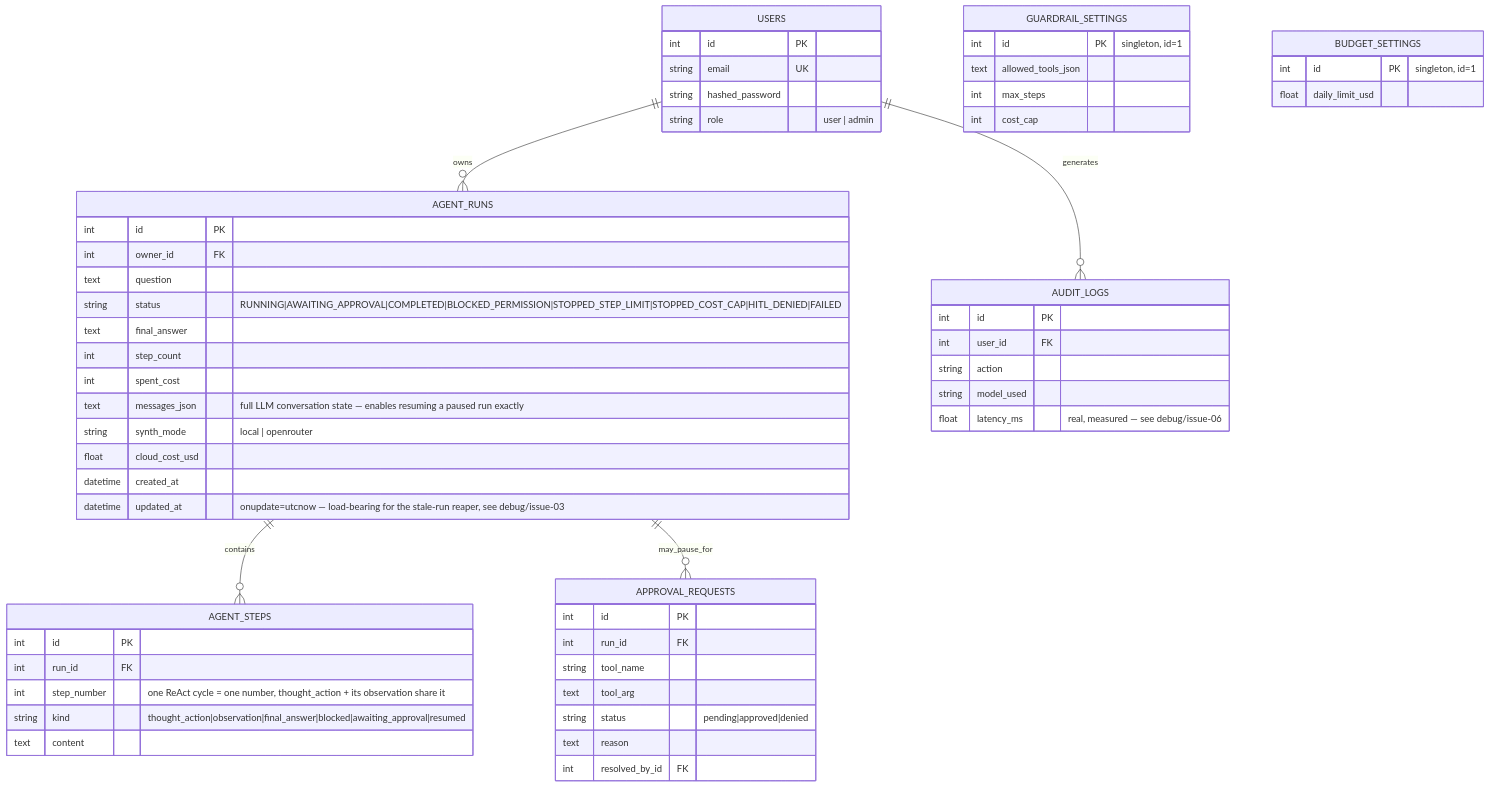
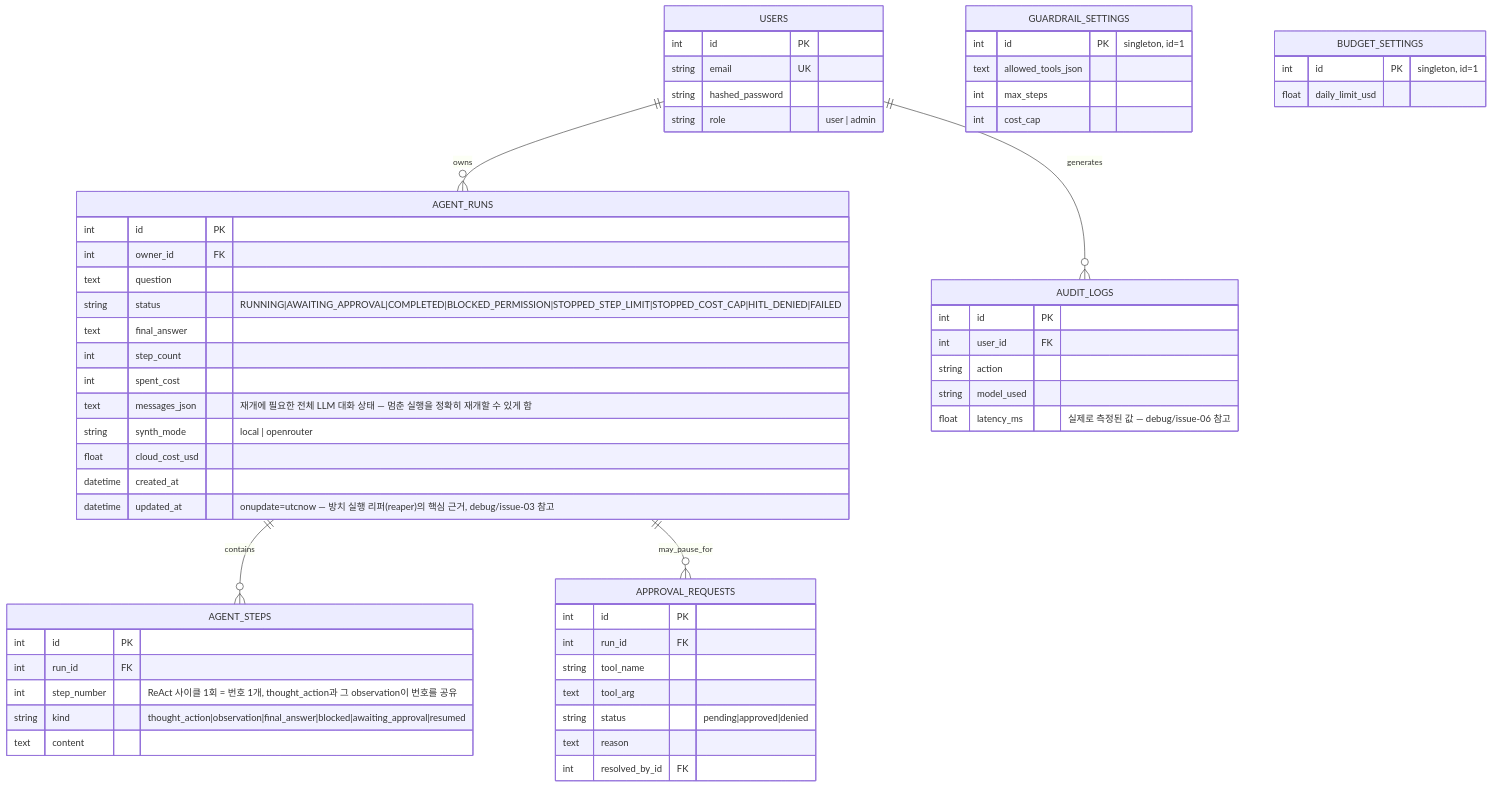
The third of 3 diagrams in week5_2/PoC/projects/cradle/architecture.ko.md (ShaunKim91/applied-ai-builds), drawn with Mermaid before and after one commit. The commit also changed other lines of this file and 80 other files, not shown here.

````diff
--- a/week5_2/PoC/projects/cradle/architecture.ko.md
+++ b/week5_2/PoC/projects/cradle/architecture.ko.md
@@ -166,61 +152,61 @@
 ```mermaid
 erDiagram
     USERS ||--o{ AGENT_RUNS : owns
     USERS ||--o{ AUDIT_LOGS : generates
     AGENT_RUNS ||--o{ AGENT_STEPS : contains
     AGENT_RUNS ||--o{ APPROVAL_REQUESTS : may_pause_for
 
     USERS {
         int id PK
         string email UK
         string hashed_password
         string role "user | admin"
     }
     AGENT_RUNS {
         int id PK
         int owner_id FK
         text question
         string status "RUNNING|AWAITING_APPROVAL|COMPLETED|BLOCKED_PERMISSION|STOPPED_STEP_LIMIT|STOPPED_COST_CAP|HITL_DENIED|FAILED"
         text final_answer
         int step_count
         int spent_cost
-        text messages_json "full LLM conversation state — enables resuming a paused run exactly"
+        text messages_json "재개에 필요한 전체 LLM 대화 상태 — 멈춘 실행을 정확히 재개할 수 있게 함"
         string synth_mode "local | openrouter"
         float cloud_cost_usd
         datetime created_at
-        datetime updated_at "onupdate=utcnow — load-bearing for the stale-run reaper, see debug/issue-03"
+        datetime updated_at "onupdate=utcnow — 방치 실행 리퍼(reaper)의 핵심 근거, debug/issue-03 참고"
     }
     AGENT_STEPS {
         int id PK
         int run_id FK
-        int step_number "one ReAct cycle = one number, thought_action + its observation share it"
+        int step_number "ReAct 사이클 1회 = 번호 1개, thought_action과 그 observation이 번호를 공유"
         string kind "thought_action|observation|final_answer|blocked|awaiting_approval|resumed"
         text content
     }
     APPROVAL_REQUESTS {
         int id PK
         int run_id FK
         string tool_name
         text tool_arg
         string status "pending|approved|denied"
         text reason
         int resolved_by_id FK
     }
     GUARDRAIL_SETTINGS {
         int id PK "singleton, id=1"
         text allowed_tools_json
         int max_steps
         int cost_cap
     }
     BUDGET_SETTINGS {
         int id PK "singleton, id=1"
         float daily_limit_usd
     }
     AUDIT_LOGS {
         int id PK
         int user_id FK
         string action
         string model_used
-        float latency_ms "real, measured — see debug/issue-06"
+        float latency_ms "실제로 측정된 값 — debug/issue-06 참고"
     }
 ```
````
